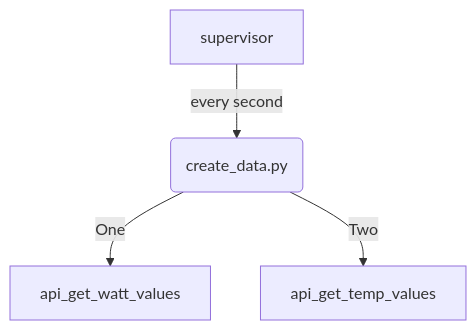
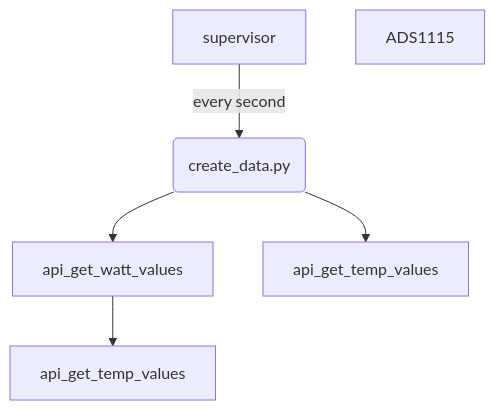
One commit to cheperboy/wiki changed the diagram in software.md. Above: the diagram before and after it, drawn with Mermaid. The commit also changed other lines of this file, not shown here.

Commit message:
software.md updated from https://stackedit.io/

````diff
--- a/software.md
+++ b/software.md
@@ -34,6 +34,9 @@
 ```mermaid
 graph TD
 A[supervisor] -->|every second| B(create_data.py)
-B -->|One| D[api_get_watt_values]
-B -->|Two| E[api_get_temp_values]
+B --> C[api_get_watt_values]
+B --> D[api_get_temp_values]
+C --> E[api_get_temp_values]
+ADS1115
+
 ```
````
